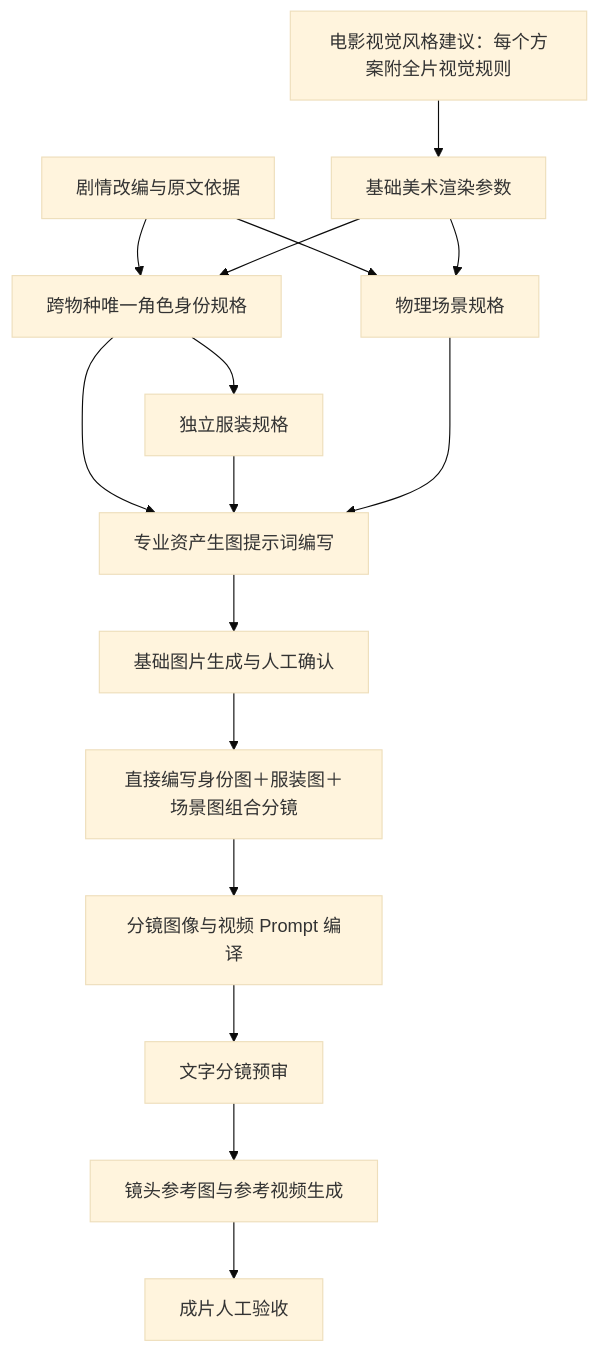
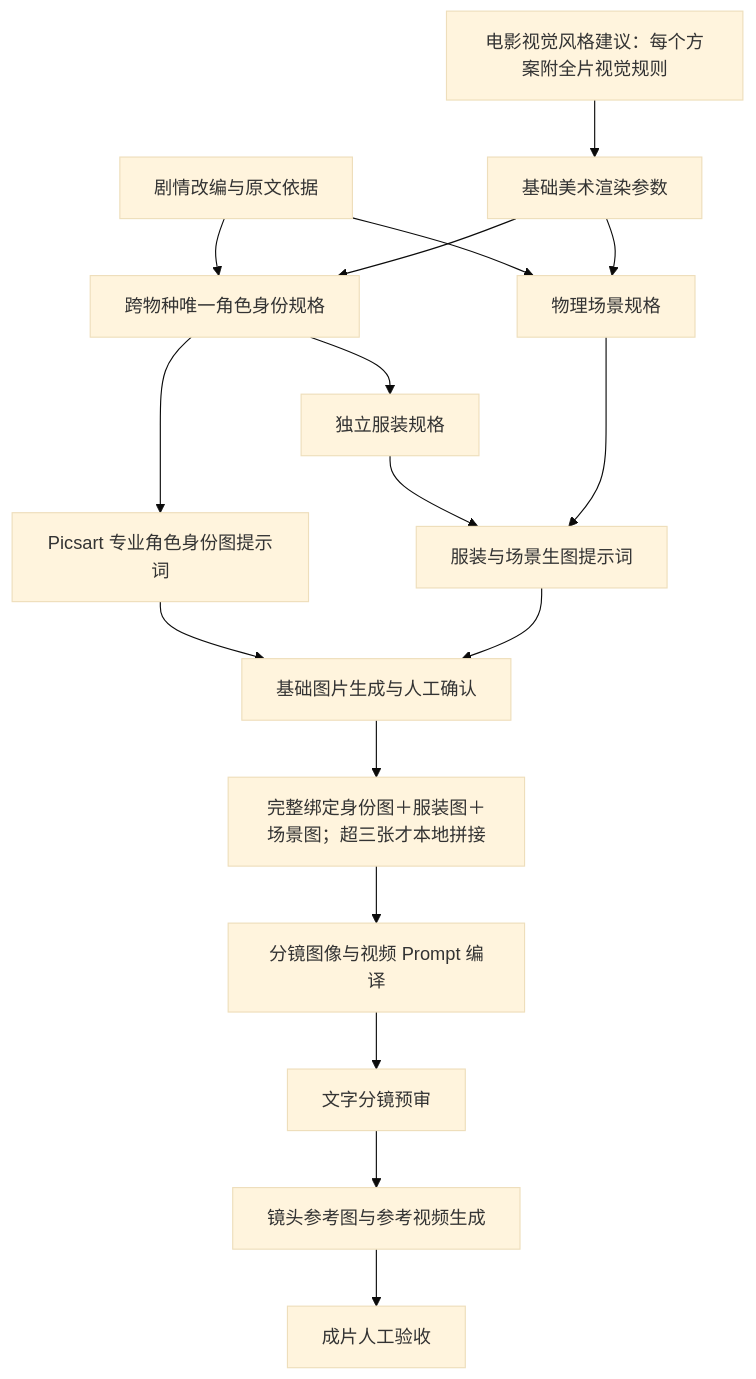
One commit to Aoike123/Storyloom changed the diagram in docs/node-skill-bindings.md. Above: the diagram before and after it, drawn with Mermaid (base theme). The commit also changed other lines of this file and 41 other files, not shown here.

````diff
--- a/docs/node-skill-bindings.md
+++ b/docs/node-skill-bindings.md
@@ -7,18 +7,19 @@
 ```mermaid
 flowchart TD
     A[电影视觉风格建议：每个方案附全片视觉规则] --> B[基础美术渲染参数]
     S[剧情改编与原文依据] --> C[跨物种唯一角色身份规格]
     B --> C
     C --> D[独立服装规格]
     S --> E[物理场景规格]
     B --> E
-    C --> F[专业资产生图提示词编写]
-    D --> F
-    E --> F
-    F --> G[基础图片生成与人工确认]
-    G --> J[直接编写身份图＋服装图＋场景图组合分镜]
+    C --> F1[Picsart 专业角色身份图提示词]
+    D --> F2[服装与场景生图提示词]
+    E --> F2
+    F1 --> G[基础图片生成与人工确认]
+    F2 --> G
+    G --> J[完整绑定身份图＋服装图＋场景图；超三张才本地拼接]
     J --> K[分镜图像与视频 Prompt 编译]
     K --> L[文字分镜预审]
     L --> M[镜头参考图与参考视频生成]
     M --> N[成片人工验收]
 ```
````
